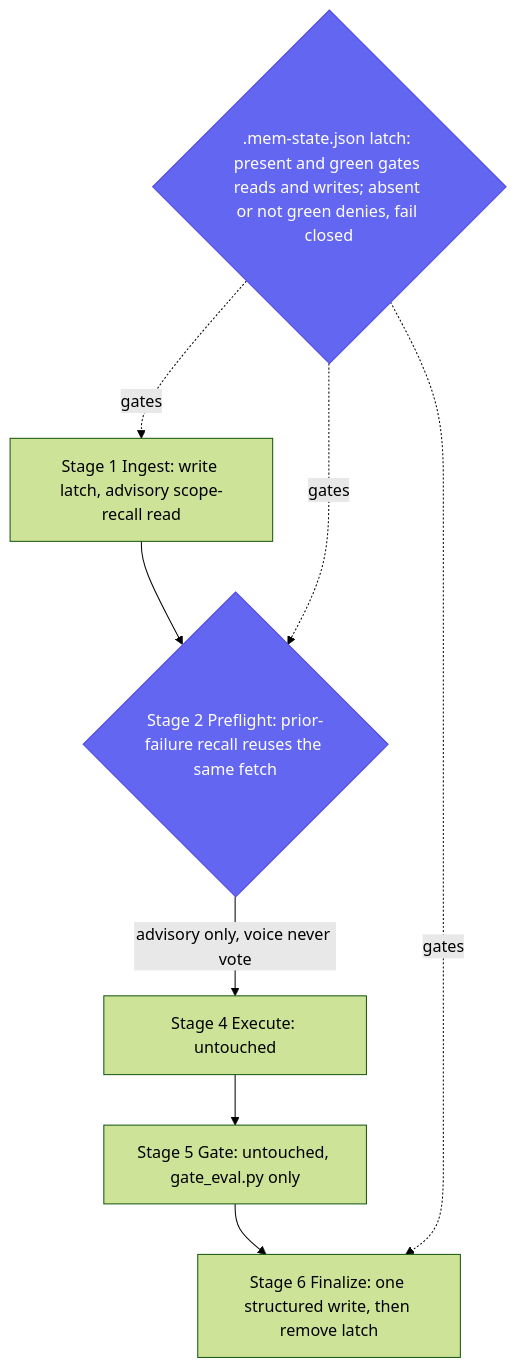
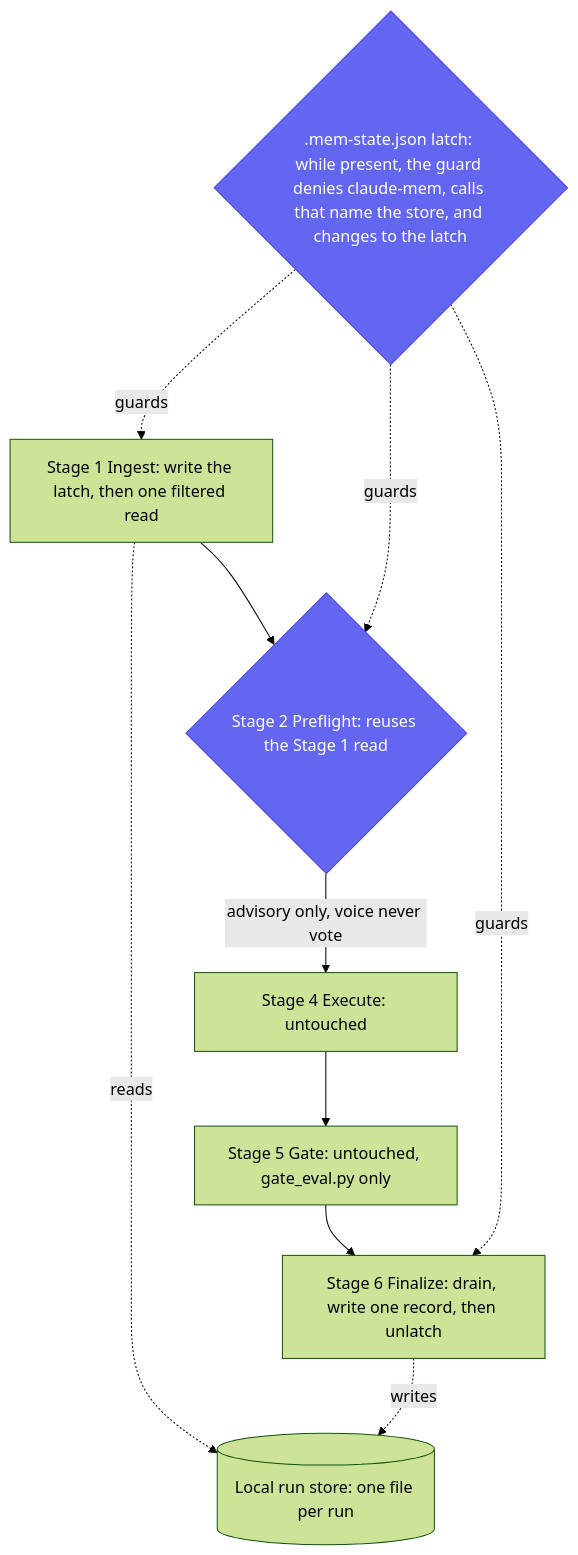
Before and after one commit to armelhbobdad/bmad-module-ultracode-goal: the diagram in docs/cross-session-recall.md, drawn with Mermaid (forest theme). The commit also changed other lines of this file and 26 other files, not shown here.

First line of the commit message:
feat(recall): switch recall to the local store, retire the claude-mem modes, and protect the latch

````diff
--- a/docs/cross-session-recall.md
+++ b/docs/cross-session-recall.md
@@ -32,15 +65,19 @@
 ```mermaid
 flowchart TD
-    I["Stage 1 Ingest: write latch, advisory scope-recall read"] --> P{"Stage 2 Preflight: prior-failure recall reuses the same fetch"}
+    I["Stage 1 Ingest: write the latch, then one filtered read"] --> P{"Stage 2 Preflight: reuses the Stage 1 read"}
     P -->|"advisory only, voice never vote"| X["Stage 4 Execute: untouched"]
     X --> G["Stage 5 Gate: untouched, gate_eval.py only"]
-    G --> F["Stage 6 Finalize: one structured write, then remove latch"]
+    G --> F["Stage 6 Finalize: drain, write one record, then unlatch"]
 
-    LATCH{".mem-state.json latch: present and green gates reads and writes; absent or not green denies, fail closed"}
-    LATCH -.->|"gates"| I
-    LATCH -.->|"gates"| P
-    LATCH -.->|"gates"| F
+    STORE[("Local run store: one file per run")]
+    I -.->|"reads"| STORE
+    F -.->|"writes"| STORE
+
+    LATCH{".mem-state.json latch: while present, the guard denies claude-mem, calls that name the store, and changes to the latch"}
+    LATCH -.->|"guards"| I
+    LATCH -.->|"guards"| P
+    LATCH -.->|"guards"| F
 
     classDef gate fill:#6366F1,stroke:#4F46E5,color:#fff
     class P,LATCH gate
 ```
````
